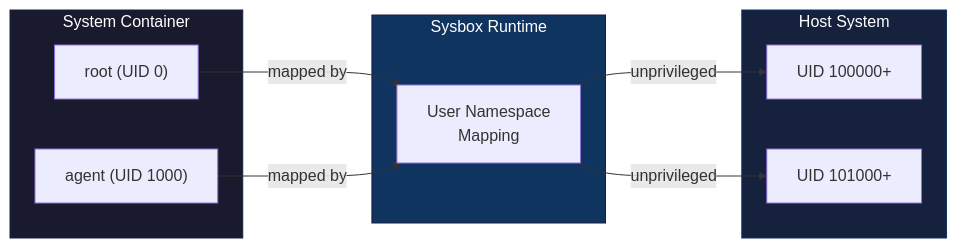
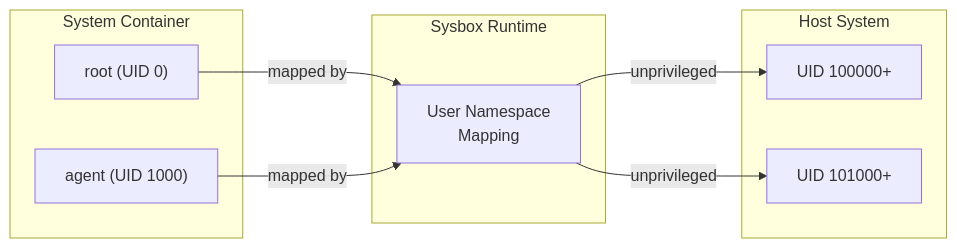
One commit to novotnyllc/ContainAI changed the first of 11 diagrams in docs/architecture.md. Above: the diagram before and after it, drawn with Mermaid. The commit also changed other lines of this file and 14 other files, not shown here.

````diff
--- a/docs/architecture.md
+++ b/docs/architecture.md
@@ -49,25 +49,22 @@
 ```mermaid
 flowchart LR
     subgraph Container["System Container"]
         CRoot["root (UID 0)"]
         CAgent["agent (UID 1000)"]
     end
 
     subgraph Sysbox["Sysbox Runtime"]
         Userns["User Namespace<br/>Mapping"]
     end
 
     subgraph Host["Host System"]
         HRoot["UID 100000+"]
         HAgent["UID 101000+"]
     end
 
     CRoot -->|"mapped by"| Userns
     CAgent -->|"mapped by"| Userns
     Userns -->|"unprivileged"| HRoot
     Userns -->|"unprivileged"| HAgent
 
-    style Container fill:#1a1a2e,stroke:#16213e,color:#fff
-    style Sysbox fill:#0f3460,stroke:#16213e,color:#fff
-    style Host fill:#16213e,stroke:#0f3460,color:#fff
 ```
````
